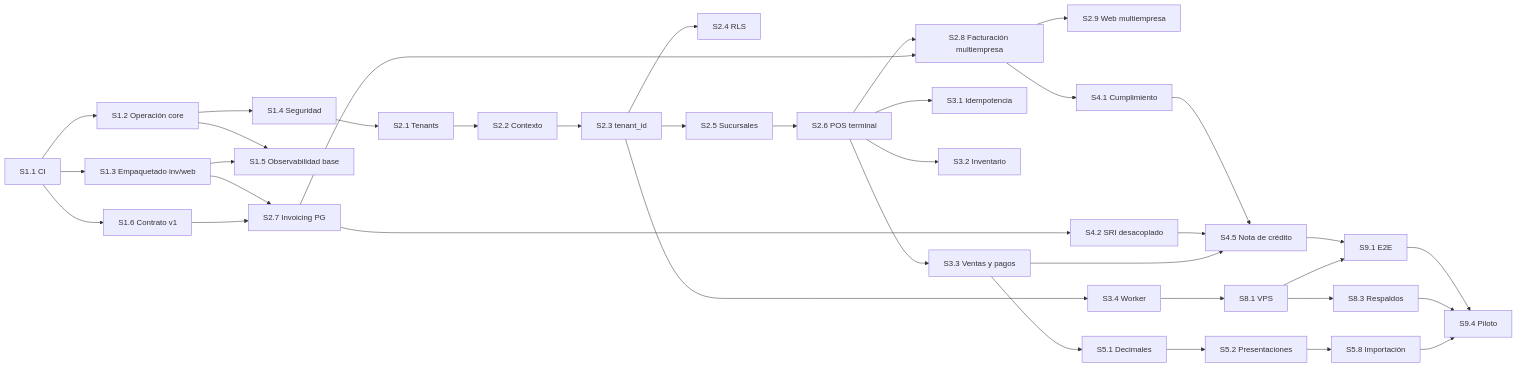
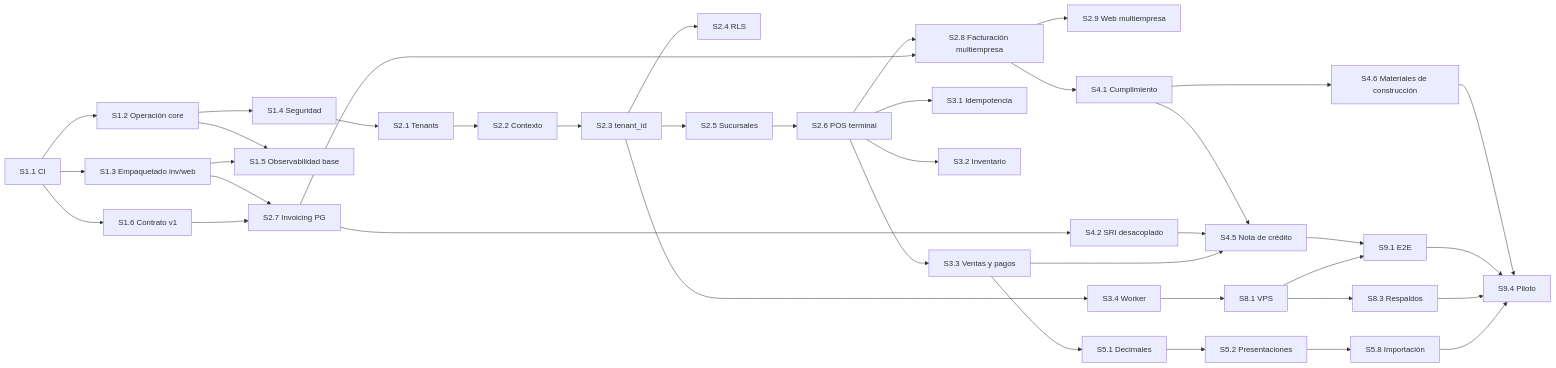
Before and after one commit to faclab-ec/faclab-api: the second of 2 diagrams in docs/architecture/ROADMAP.md, drawn with Mermaid. The commit also changed other lines of this file and 5 other files, not shown here.

````diff
--- a/docs/architecture/ROADMAP.md
+++ b/docs/architecture/ROADMAP.md
@@ -258,35 +281,37 @@
 ```mermaid
 flowchart LR
     S11[S1.1 CI] --> S12[S1.2 Operación core]
     S11 --> S13[S1.3 Empaquetado inv/web]
     S11 --> S16[S1.6 Contrato v1]
     S12 --> S14[S1.4 Seguridad]
     S12 --> S15[S1.5 Observabilidad base]
     S13 --> S15
     S14 --> S21[S2.1 Tenants]
     S21 --> S22[S2.2 Contexto] --> S23[S2.3 tenant_id] --> S24[S2.4 RLS]
     S23 --> S25[S2.5 Sucursales] --> S26[S2.6 POS terminal]
     S13 --> S27[S2.7 Invoicing PG]
     S16 --> S27
     S26 --> S28[S2.8 Facturación multiempresa]
     S27 --> S28
     S28 --> S29[S2.9 Web multiempresa]
     S26 --> S31[S3.1 Idempotencia]
     S26 --> S32[S3.2 Inventario]
     S26 --> S33[S3.3 Ventas y pagos]
     S23 --> S34[S3.4 Worker]
     S28 --> S41[S4.1 Cumplimiento]
     S27 --> S42[S4.2 SRI desacoplado]
     S41 --> S45[S4.5 Nota de crédito]
+    S41 --> S46[S4.6 Materiales de construcción]
+    S46 --> S94
     S42 --> S45
     S33 --> S45
     S33 --> S51[S5.1 Decimales] --> S52[S5.2 Presentaciones]
     S52 --> S58[S5.8 Importación]
     S34 --> S81[S8.1 VPS]
     S81 --> S83[S8.3 Respaldos]
     S45 --> S91[S9.1 E2E]
     S81 --> S91
     S91 --> S94[S9.4 Piloto]
     S83 --> S94
     S58 --> S94
 ```
````
